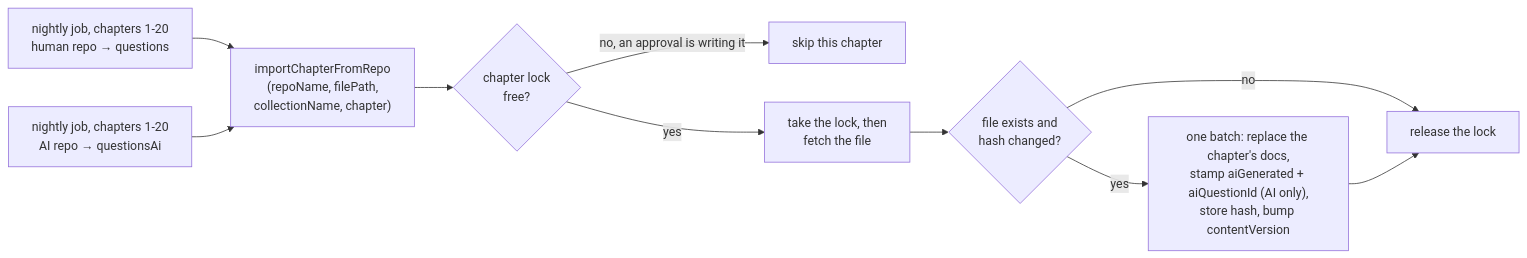
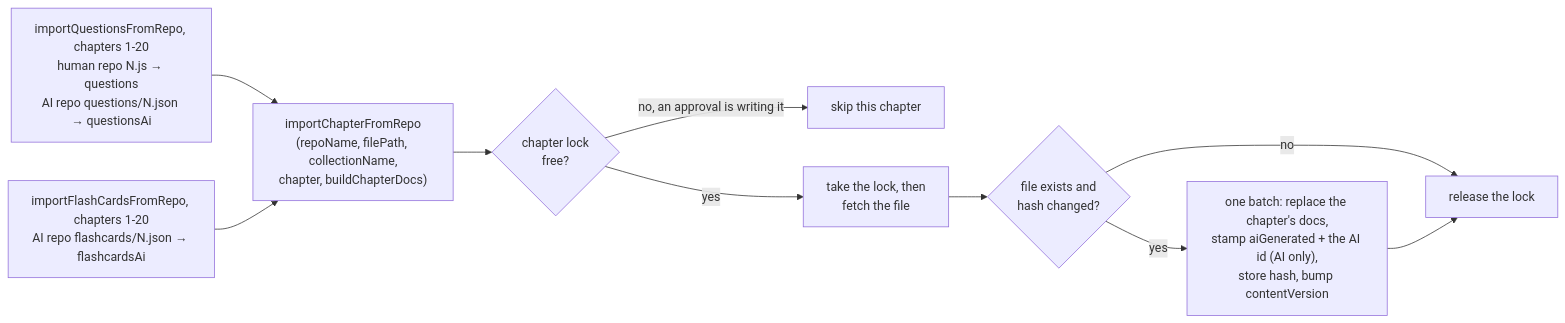
Before and after one commit to alexmcdermid/real-estate-quest: the fourth of 5 diagrams in docs/ai-question-flow.md, drawn with Mermaid. The commit also changed other lines of this file, not shown here.

Commit message:
docs: cover AI flashcards in the AI content flow doc

````diff
--- a/docs/ai-question-flow.md
+++ b/docs/ai-question-flow.md
@@ -159,12 +162,12 @@
 ```mermaid
 flowchart LR
-  J1["nightly job, chapters 1-20<br/>human repo → questions"] --> IMP
-  J2["nightly job, chapters 1-20<br/>AI repo → questionsAi"] --> IMP
-  IMP["importChapterFromRepo<br/>(repoName, filePath,<br/>collectionName, chapter)"] --> L{"chapter lock<br/>free?"}
+  J1["importQuestionsFromRepo, chapters 1-20<br/>human repo N.js → questions<br/>AI repo questions/N.json → questionsAi"] --> IMP
+  J2["importFlashCardsFromRepo, chapters 1-20<br/>AI repo flashcards/N.json → flashcardsAi"] --> IMP
+  IMP["importChapterFromRepo<br/>(repoName, filePath, collectionName,<br/>chapter, buildChapterDocs)"] --> L{"chapter lock<br/>free?"}
   L -- "no, an approval is writing it" --> SKIP["skip this chapter"]
   L -- yes --> A["take the lock, then<br/>fetch the file"]
   A --> B{"file exists and<br/>hash changed?"}
   B -- no --> REL["release the lock"]
-  B -- yes --> C["one batch: replace the chapter's docs,<br/>stamp aiGenerated + aiQuestionId (AI only),<br/>store hash, bump contentVersion"]
+  B -- yes --> C["one batch: replace the chapter's docs,<br/>stamp aiGenerated + the AI id (AI only),<br/>store hash, bump contentVersion"]
   C --> REL
 ```
````
